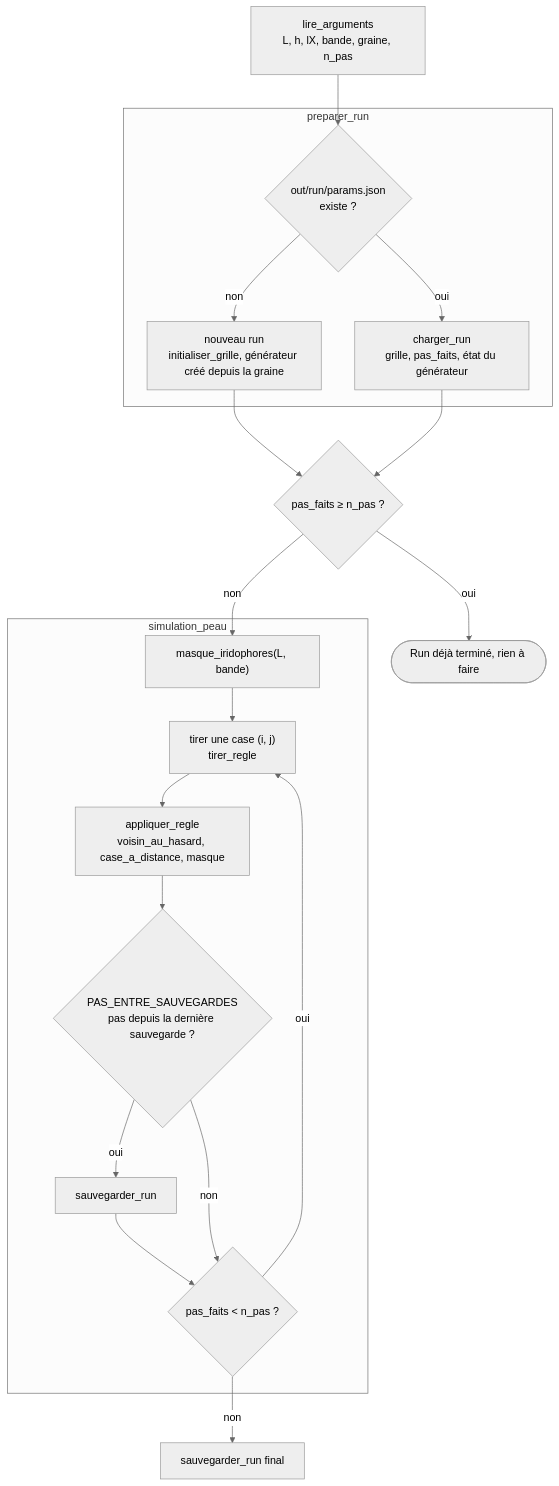
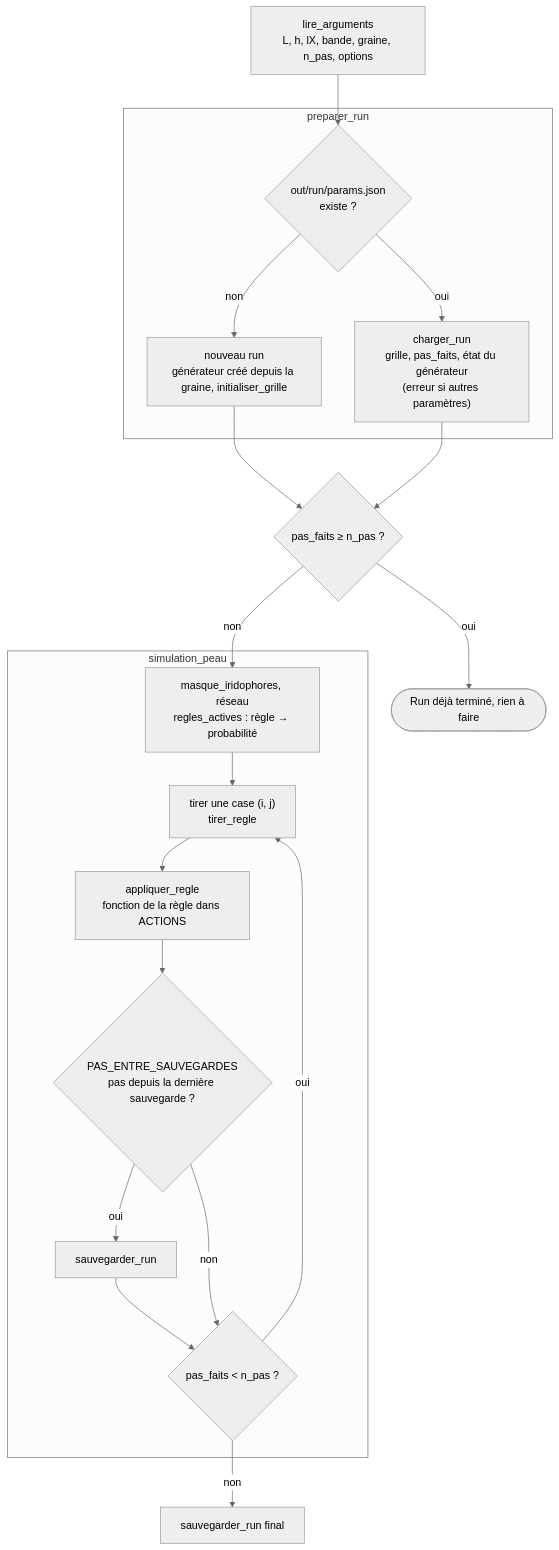
Before and after one commit to Spc-Marcus/BIO-DYN-projet: the third of 4 diagrams in slurm_pipeline/doc/architecture.md, drawn with Mermaid (neutral theme). The commit also changed other lines of this file and 10 other files, not shown here.

````diff
--- a/slurm_pipeline/doc/architecture.md
+++ b/slurm_pipeline/doc/architecture.md
@@ -97,36 +97,36 @@
 ```mermaid
 flowchart TD
-    A["lire_arguments<br/>L, h, lX, bande, graine, n_pas"]
+    A["lire_arguments<br/>L, h, lX, bande, graine, n_pas, options"]
 
     subgraph Prep["preparer_run"]
         B{"out/run/params.json<br/>existe ?"}
-        C["nouveau run<br/>initialiser_grille, générateur créé depuis la graine"]
-        D["charger_run<br/>grille, pas_faits, état du générateur"]
+        C["nouveau run<br/>générateur créé depuis la graine, initialiser_grille"]
+        D["charger_run<br/>grille, pas_faits, état du générateur<br/>(erreur si autres paramètres)"]
         B -->|"non"| C
         B -->|"oui"| D
     end
 
     E{"pas_faits ≥ n_pas ?"}
     Z(["Run déjà terminé, rien à faire"])
 
     subgraph Boucle["simulation_peau"]
-        MK["masque_iridophores(L, bande)"]
+        MK["masque_iridophores, réseau<br/>regles_actives : règle → probabilité"]
         T["tirer une case (i, j)<br/>tirer_regle"]
-        AP["appliquer_regle<br/>voisin_au_hasard, case_a_distance, masque"]
+        AP["appliquer_regle<br/>fonction de la règle dans ACTIONS"]
         SV{"PAS_ENTRE_SAUVEGARDES<br/>pas depuis la dernière sauvegarde ?"}
         SR["sauvegarder_run"]
         FIN{"pas_faits < n_pas ?"}
         MK --> T --> AP --> SV
         SV -->|"oui"| SR --> FIN
         SV -->|"non"| FIN
         FIN -->|"oui"| T
     end
 
     F["sauvegarder_run final"]
 
     A --> B
     C & D --> E
     E -->|"oui"| Z
     E -->|"non"| MK
     FIN -->|"non"| F
 ```
````
